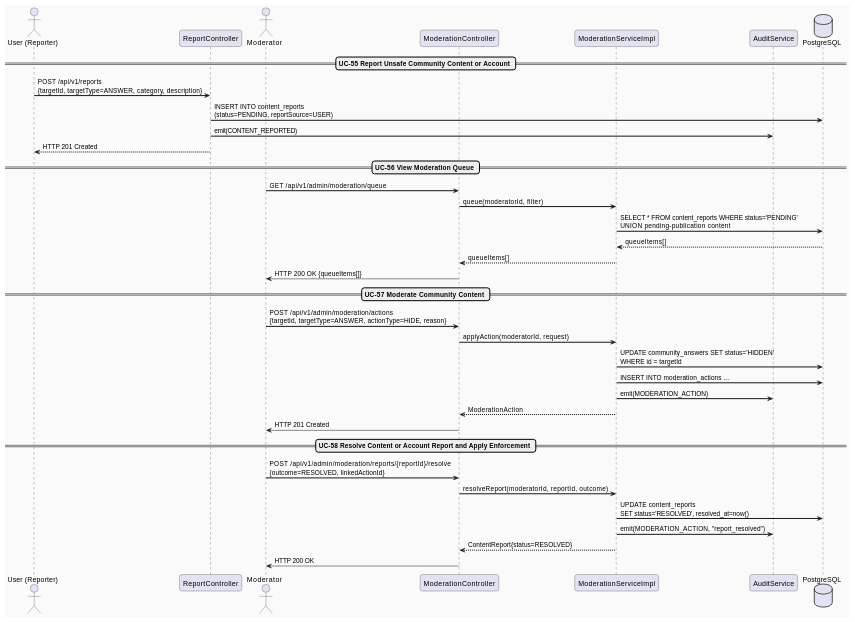
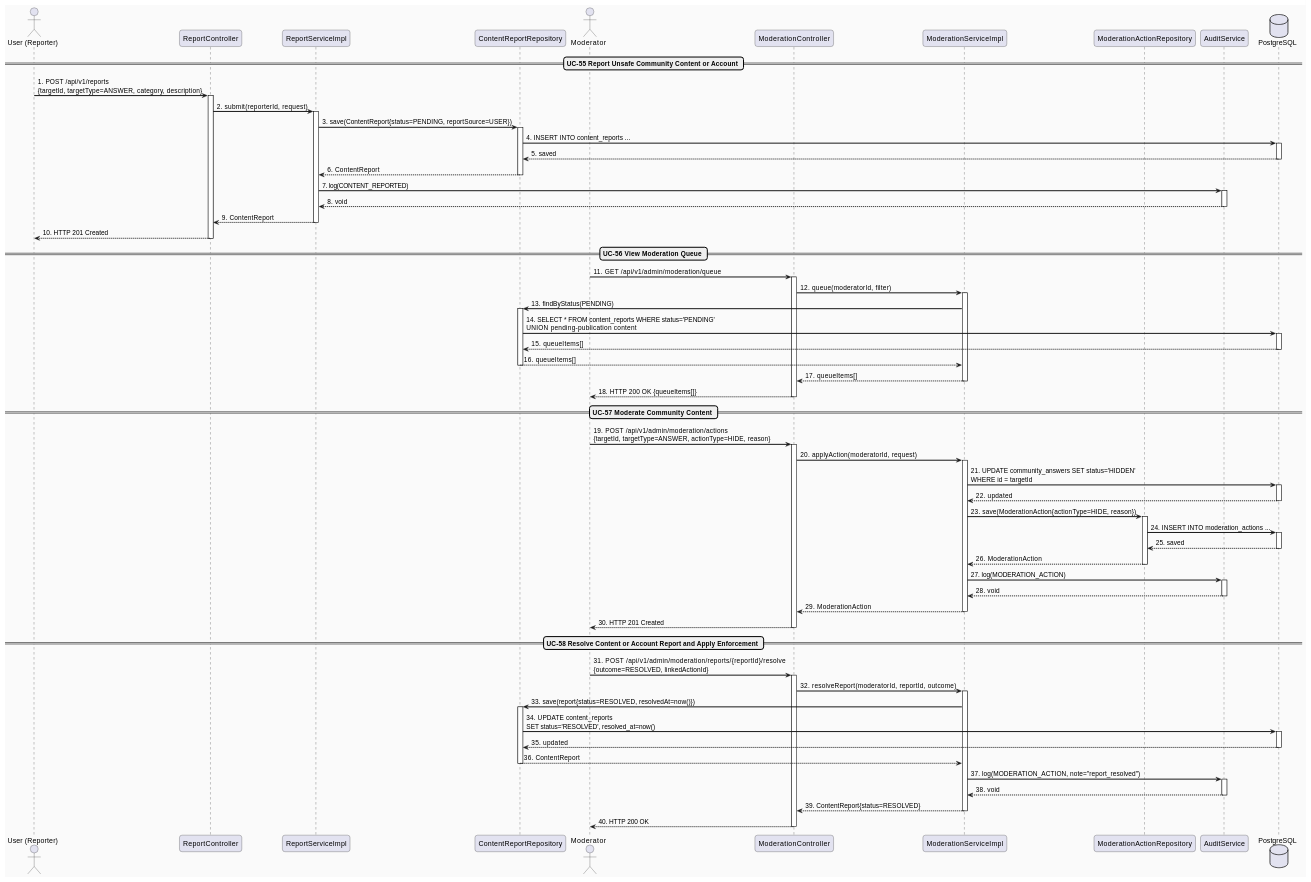
Before and after one commit to ChuongBDHE172784/CareBridge_SEP490_G79: the second of 3 diagrams in docs/Detailed_Design/MF04_Community_QA_Moderation/02_Content_Moderation_Enforcement_Pipeline.md, drawn with PlantUML. The commit also changed 29 other files, not shown here.

Commit message:
feat: add detailed sequence diagrams to documentation and standardize service-layer interaction flows across modules

````diff
--- a/docs/Detailed_Design/MF04_Community_QA_Moderation/02_Content_Moderation_Enforcement_Pipeline.md
+++ b/docs/Detailed_Design/MF04_Community_QA_Moderation/02_Content_Moderation_Enforcement_Pipeline.md
@@ -141,42 +141,102 @@
 
 actor "User (Reporter)" as U
 participant "ReportController" as ReportController
+participant "ReportServiceImpl" as ReportService
+participant "ContentReportRepository" as ReportRepo
 actor "Moderator" as Mod
 participant "ModerationController" as ModController
 participant "ModerationServiceImpl" as Service
+participant "ModerationActionRepository" as ActionRepo
 participant "AuditService" as Audit
 database "PostgreSQL" as DB
 
 == UC-55 Report Unsafe Community Content or Account ==
-U -> ReportController : POST /api/v1/reports\n{targetId, targetType=ANSWER, category, description}
-ReportController -> DB : INSERT INTO content_reports\n(status=PENDING, reportSource=USER)
-ReportController -> Audit : emit(CONTENT_REPORTED)
-ReportController --> U : HTTP 201 Created
+U -> ReportController : 1. POST /api/v1/reports\n{targetId, targetType=ANSWER, category, description}
+activate ReportController
+ReportController -> ReportService : 2. submit(reporterId, request)
+activate ReportService
+ReportService -> ReportRepo : 3. save(ContentReport{status=PENDING, reportSource=USER})
+activate ReportRepo
+ReportRepo -> DB : 4. INSERT INTO content_reports ...
+activate DB
+DB --> ReportRepo : 5. saved
+deactivate DB
+ReportRepo --> ReportService : 6. ContentReport
+deactivate ReportRepo
+ReportService -> Audit : 7. log(CONTENT_REPORTED)
+activate Audit
+Audit --> ReportService : 8. void
+deactivate Audit
+ReportService --> ReportController : 9. ContentReport
+deactivate ReportService
+ReportController --> U : 10. HTTP 201 Created
+deactivate ReportController
 
 == UC-56 View Moderation Queue ==
-Mod -> ModController : GET /api/v1/admin/moderation/queue
-ModController -> Service : queue(moderatorId, filter)
-Service -> DB : SELECT * FROM content_reports WHERE status='PENDING'\nUNION pending-publication content
-DB --> Service : queueItems[]
-Service --> ModController : queueItems[]
-ModController --> Mod : HTTP 200 OK {queueItems[]}
+Mod -> ModController : 11. GET /api/v1/admin/moderation/queue
+activate ModController
+ModController -> Service : 12. queue(moderatorId, filter)
+activate Service
+Service -> ReportRepo : 13. findByStatus(PENDING)
+activate ReportRepo
+ReportRepo -> DB : 14. SELECT * FROM content_reports WHERE status='PENDING'\nUNION pending-publication content
+activate DB
+DB --> ReportRepo : 15. queueItems[]
+deactivate DB
+ReportRepo --> Service : 16. queueItems[]
+deactivate ReportRepo
+Service --> ModController : 17. queueItems[]
+deactivate Service
+ModController --> Mod : 18. HTTP 200 OK {queueItems[]}
+deactivate ModController
 
 == UC-57 Moderate Community Content ==
-Mod -> ModController : POST /api/v1/admin/moderation/actions\n{targetId, targetType=ANSWER, actionType=HIDE, reason}
-ModController -> Service : applyAction(moderatorId, request)
-Service -> DB : UPDATE community_answers SET status='HIDDEN'\nWHERE id = targetId
-Service -> DB : INSERT INTO moderation_actions ...
-Service -> Audit : emit(MODERATION_ACTION)
-Service --> ModController : ModerationAction
-ModController --> Mod : HTTP 201 Created
+Mod -> ModController : 19. POST /api/v1/admin/moderation/actions\n{targetId, targetType=ANSWER, actionType=HIDE, reason}
+activate ModController
+ModController -> Service : 20. applyAction(moderatorId, request)
+activate Service
+Service -> DB : 21. UPDATE community_answers SET status='HIDDEN'\nWHERE id = targetId
+activate DB
+DB --> Service : 22. updated
+deactivate DB
+Service -> ActionRepo : 23. save(ModerationAction{actionType=HIDE, reason})
+activate ActionRepo
+ActionRepo -> DB : 24. INSERT INTO moderation_actions ...
+activate DB
+DB --> ActionRepo : 25. saved
+deactivate DB
+ActionRepo --> Service : 26. ModerationAction
+deactivate ActionRepo
+Service -> Audit : 27. log(MODERATION_ACTION)
+activate Audit
+Audit --> Service : 28. void
+deactivate Audit
+Service --> ModController : 29. ModerationAction
+deactivate Service
+ModController --> Mod : 30. HTTP 201 Created
+deactivate ModController
 
 == UC-58 Resolve Content or Account Report and Apply Enforcement ==
-Mod -> ModController : POST /api/v1/admin/moderation/reports/{reportId}/resolve\n{outcome=RESOLVED, linkedActionId}
-ModController -> Service : resolveReport(moderatorId, reportId, outcome)
-Service -> DB : UPDATE content_reports\nSET status='RESOLVED', resolved_at=now()
-Service -> Audit : emit(MODERATION_ACTION, "report_resolved")
-Service --> ModController : ContentReport{status=RESOLVED}
-ModController --> Mod : HTTP 200 OK
+Mod -> ModController : 31. POST /api/v1/admin/moderation/reports/{reportId}/resolve\n{outcome=RESOLVED, linkedActionId}
+activate ModController
+ModController -> Service : 32. resolveReport(moderatorId, reportId, outcome)
+activate Service
+Service -> ReportRepo : 33. save(report{status=RESOLVED, resolvedAt=now()})
+activate ReportRepo
+ReportRepo -> DB : 34. UPDATE content_reports\nSET status='RESOLVED', resolved_at=now()
+activate DB
+DB --> ReportRepo : 35. updated
+deactivate DB
+ReportRepo --> Service : 36. ContentReport
+deactivate ReportRepo
+Service -> Audit : 37. log(MODERATION_ACTION, note="report_resolved")
+activate Audit
+Audit --> Service : 38. void
+deactivate Audit
+Service --> ModController : 39. ContentReport{status=RESOLVED}
+deactivate Service
+ModController --> Mod : 40. HTTP 200 OK
+deactivate ModController
 
 @enduml
 ```
````
